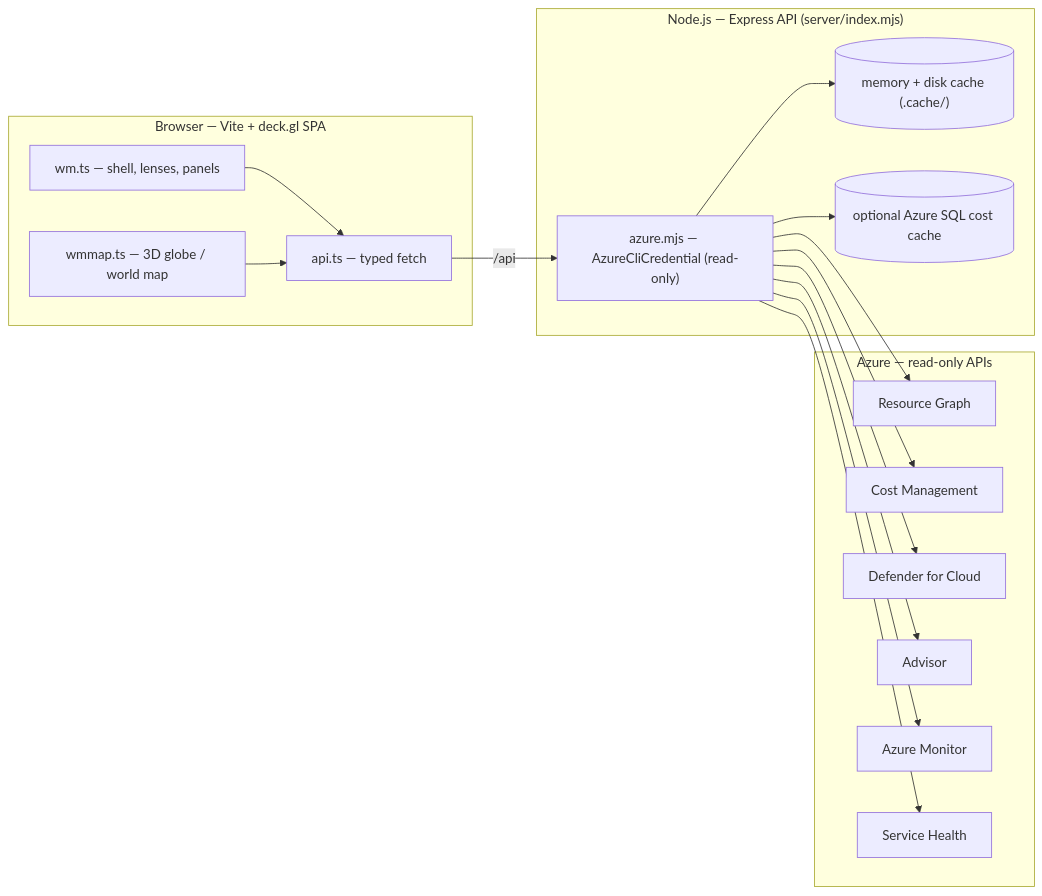
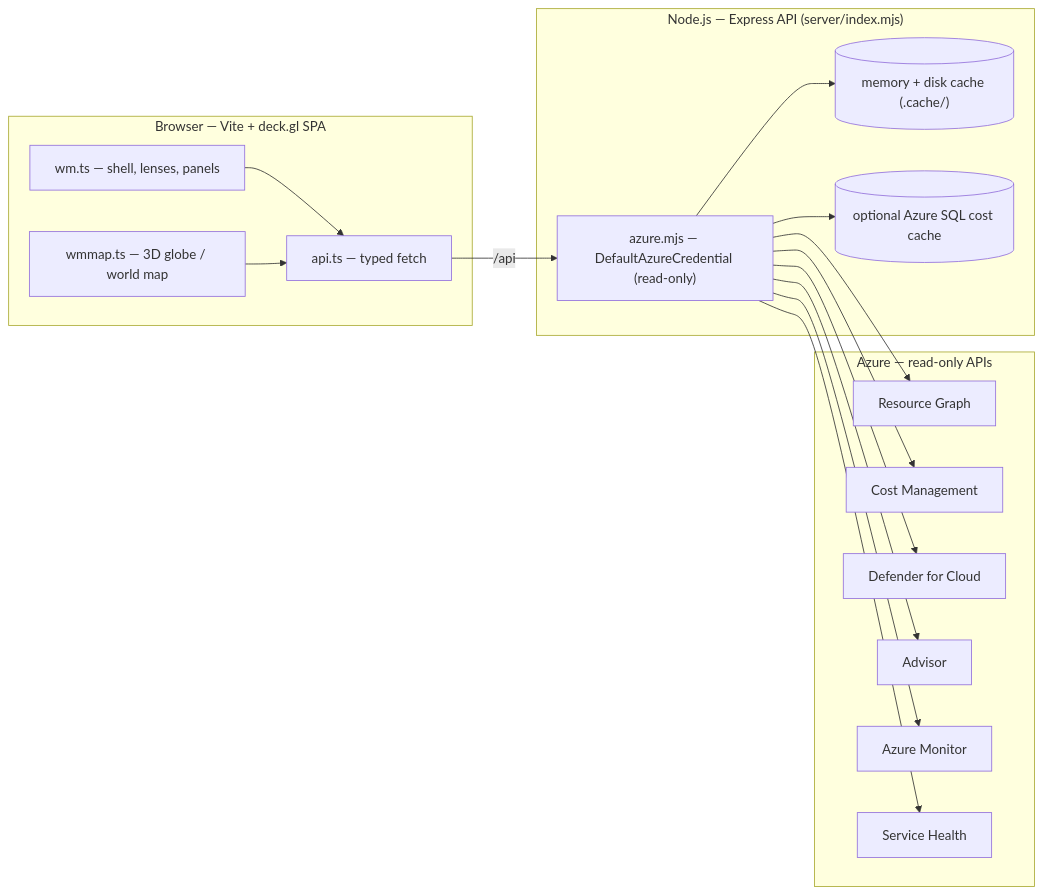
Before and after one commit to zhshah/Azure-Infra-World-Map: the diagram in README.md, drawn with Mermaid. The commit also changed other lines of this file and 4 other files, not shown here.

````diff
--- a/README.md
+++ b/README.md
@@ -147,33 +147,33 @@
 ```mermaid
 flowchart LR
   subgraph Browser["Browser — Vite + deck.gl SPA"]
     UI["wm.ts — shell, lenses, panels"]
     MAP["wmmap.ts — 3D globe / world map"]
     APIC["api.ts — typed fetch"]
   end
   subgraph Server["Node.js — Express API (server/index.mjs)"]
-    AZ["azure.mjs — AzureCliCredential (read-only)"]
+    AZ["azure.mjs — DefaultAzureCredential (read-only)"]
     CACHE[("memory + disk cache (.cache/)")]
     SQL[("optional Azure SQL cost cache")]
   end
   subgraph Azure["Azure — read-only APIs"]
     RG["Resource Graph"]
     CM["Cost Management"]
     DEF["Defender for Cloud"]
     ADV["Advisor"]
     MON["Azure Monitor"]
     SH["Service Health"]
   end
 
   UI --> APIC
   MAP --> APIC
   APIC -->|/api| AZ
   AZ --> RG
   AZ --> CM
   AZ --> DEF
   AZ --> ADV
   AZ --> MON
   AZ --> SH
   AZ --> CACHE
   AZ --> SQL
 ```
````
